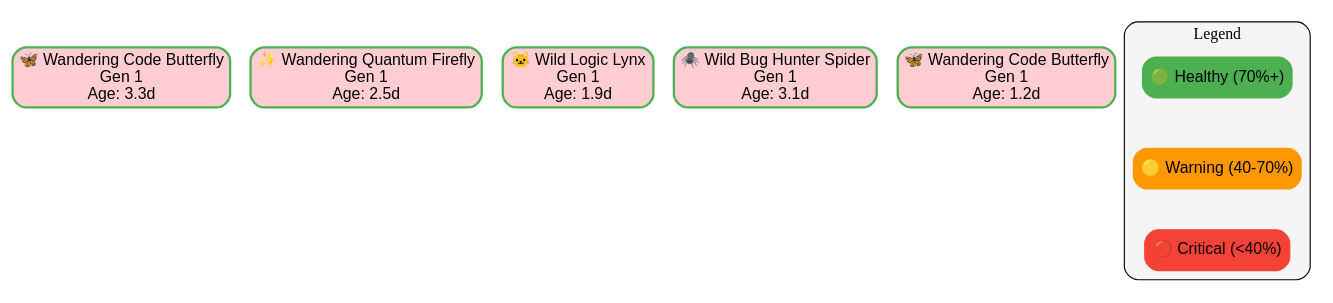
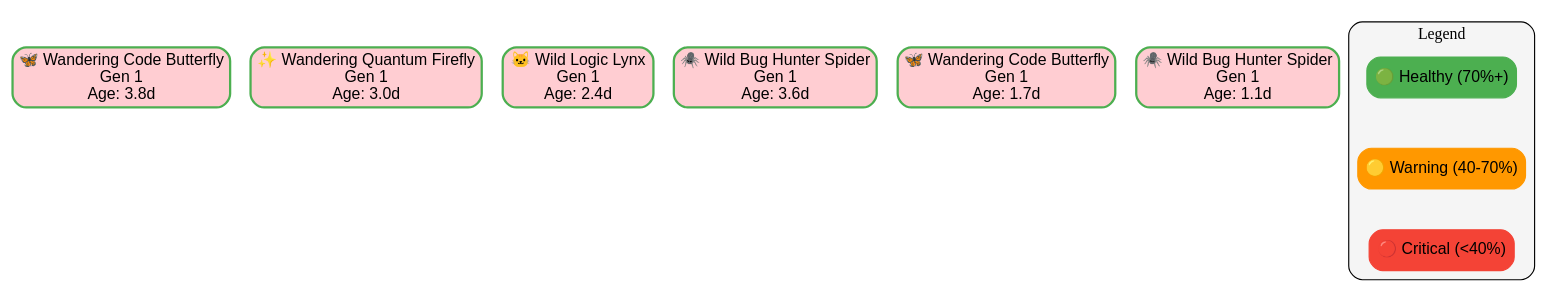
Before and after one commit to batmac/digital-ecosystem: the diagram in .ecosystem/visualizations/family_tree.dot, drawn with Graphviz. The commit also changed 5 other files, not shown here.

```diff
--- a/.ecosystem/visualizations/family_tree.dot
+++ b/.ecosystem/visualizations/family_tree.dot
@@ -1,58 +1,65 @@
 
 digraph EcosystemFamilyTree {
     rankdir=TB;
     node [shape=box, style="rounded,filled", fontname="Arial"];
     edge [fontname="Arial"];
     
     // Style pour différentes générations
     node [fillcolor="#E3F2FD"];
 
         "code_butterfly_1753392858_5357" [
-            label="🦋 Wandering Code Butterfly\nGen 1\nAge: 3.3d",
+            label="🦋 Wandering Code Butterfly\nGen 1\nAge: 3.8d",
             fillcolor="#FFCDD2",
             color="#4CAF50",
             penwidth=2
         ];
     
         "quantum_firefly_1753393678_6656" [
-            label="✨ Wandering Quantum Firefly\nGen 1\nAge: 2.5d",
+            label="✨ Wandering Quantum Firefly\nGen 1\nAge: 3.0d",
             fillcolor="#FFCDD2",
             color="#4CAF50",
             penwidth=2
         ];
     
         "logic_lynx_1753394863_7694" [
-            label="🐱 Wild Logic Lynx\nGen 1\nAge: 1.9d",
+            label="🐱 Wild Logic Lynx\nGen 1\nAge: 2.4d",
             fillcolor="#FFCDD2",
             color="#4CAF50",
             penwidth=2
         ];
     
         "bug_hunter_spider_1753395214_1998" [
-            label="🕷️ Wild Bug Hunter Spider\nGen 1\nAge: 3.1d",
+            label="🕷️ Wild Bug Hunter Spider\nGen 1\nAge: 3.6d",
             fillcolor="#FFCDD2",
             color="#4CAF50",
             penwidth=2
         ];
     
         "code_butterfly_1753397153_5909" [
-            label="🦋 Wandering Code Butterfly\nGen 1\nAge: 1.2d",
+            label="🦋 Wandering Code Butterfly\nGen 1\nAge: 1.7d",
+            fillcolor="#FFCDD2",
+            color="#4CAF50",
+            penwidth=2
+        ];
+    
+        "bug_hunter_spider_1753401059_2910" [
+            label="🕷️ Wild Bug Hunter Spider\nGen 1\nAge: 1.1d",
             fillcolor="#FFCDD2",
             color="#4CAF50",
             penwidth=2
         ];
     
     
     // Légende
     subgraph cluster_legend {
         label="Legend";
         style="rounded,filled";
         fillcolor="#F5F5F5";
         
         legend1 [label="🟢 Healthy (70%+)", fillcolor="#4CAF50", color="#4CAF50"];
         legend2 [label="🟡 Warning (40-70%)", fillcolor="#FF9800", color="#FF9800"];
         legend3 [label="🔴 Critical (<40%)", fillcolor="#F44336", color="#F44336"];
         
         legend1 -> legend2 -> legend3 [style=invis];
     }
 }
```
